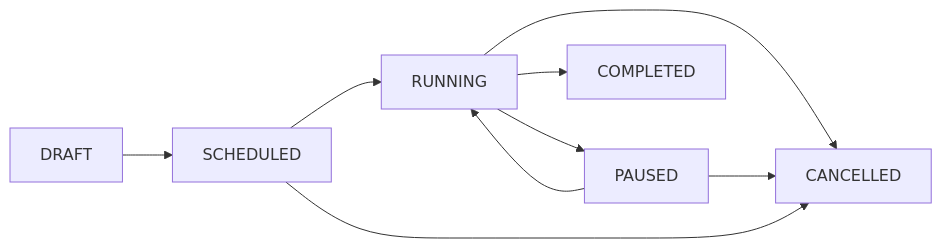
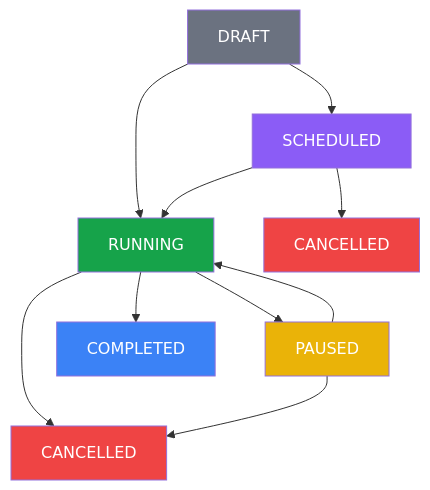
One commit to MatheusLuisLorscheiter/docs changed the diagram in campaign-status-reference.mdx. Above: the diagram before and after it, drawn with Mermaid. The commit also changed other lines of this file and 29 other files, not shown here.

````diff
--- a/campaign-status-reference.mdx
+++ b/campaign-status-reference.mdx
@@ -70,11 +39,20 @@
 ```mermaid
-graph LR
+graph TD
     A[DRAFT] --> B[SCHEDULED]
-    B --> C[RUNNING]
+    A --> C[RUNNING]
+    B --> C
+    B --> G[CANCELLED]
     C --> D[PAUSED]
     D --> C
     C --> E[COMPLETED]
     C --> F[CANCELLED]
     D --> F
-    B --> F
+    
+    style A fill:#6b7280,color:#fff
+    style B fill:#8b5cf6,color:#fff
+    style C fill:#16a34a,color:#fff
+    style D fill:#eab308,color:#fff
+    style E fill:#3b82f6,color:#fff
+    style F fill:#ef4444,color:#fff
+    style G fill:#ef4444,color:#fff
 ```
````
